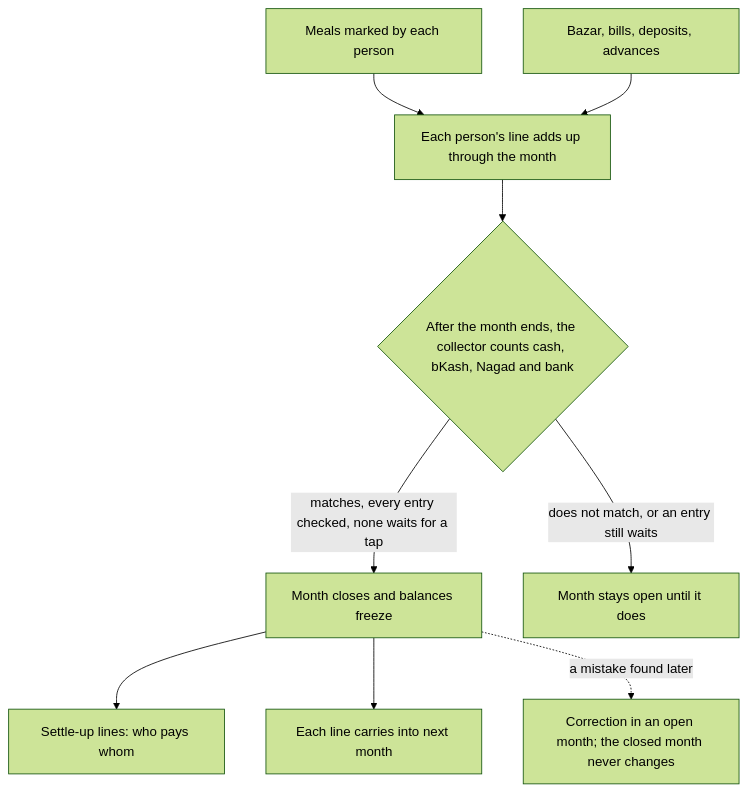
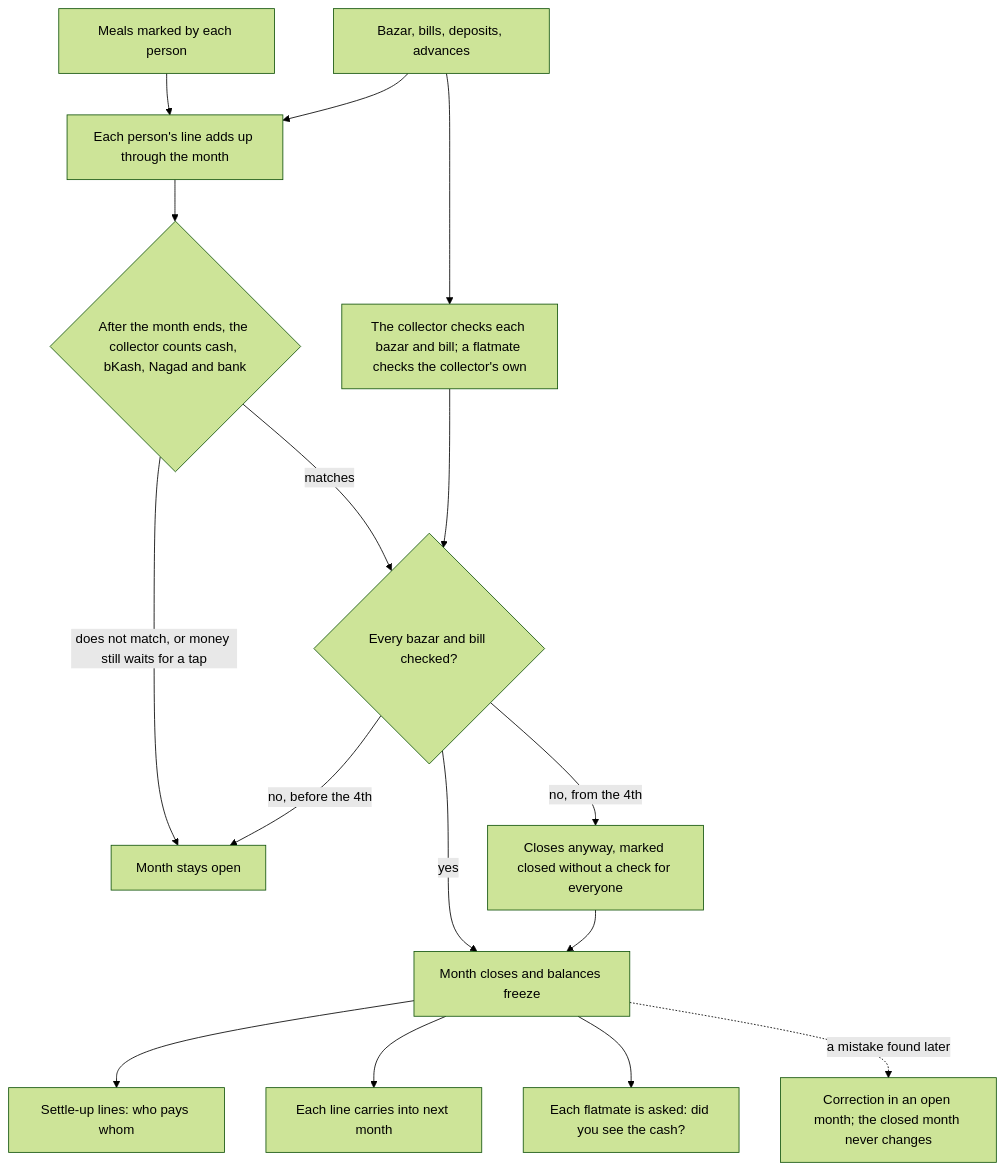
The second of 4 diagrams in README.md (07fahim/bashabook), drawn with Mermaid (forest theme) before and after one commit. The commit also changed other lines of this file, not shown here.

Commit message:
README diagrams: month end with checks and close anyway, a same-day meal change, the schema with checks, receipts, handovers and history

````diff
--- a/README.md
+++ b/README.md
@@ -56,11 +66,18 @@
 ```mermaid
 flowchart TD
   M["Meals marked by each person"] --> L["Each person's line adds up through the month"]
   E["Bazar, bills, deposits, advances"] --> L
+  E --> V["The collector checks each bazar and bill; a flatmate checks the collector's own"]
   L --> C{"After the month ends, the collector counts cash, bKash, Nagad and bank"}
-  C -- "matches, every entry checked, none waits for a tap" --> F["Month closes and balances freeze"]
-  C -- "does not match, or an entry still waits" --> O["Month stays open until it does"]
+  C -- "does not match, or money still waits for a tap" --> O["Month stays open"]
+  C -- "matches" --> Q{"Every bazar and bill checked?"}
+  V --> Q
+  Q -- "yes" --> F["Month closes and balances freeze"]
+  Q -- "no, before the 4th" --> O
+  Q -- "no, from the 4th" --> X["Closes anyway, marked closed without a check for everyone"]
+  X --> F
   F --> S["Settle-up lines: who pays whom"]
   F --> N["Each line carries into next month"]
+  F --> A["Each flatmate is asked: did you see the cash?"]
   F -. "a mistake found later" .-> K["Correction in an open month; the closed month never changes"]
 ```
````
